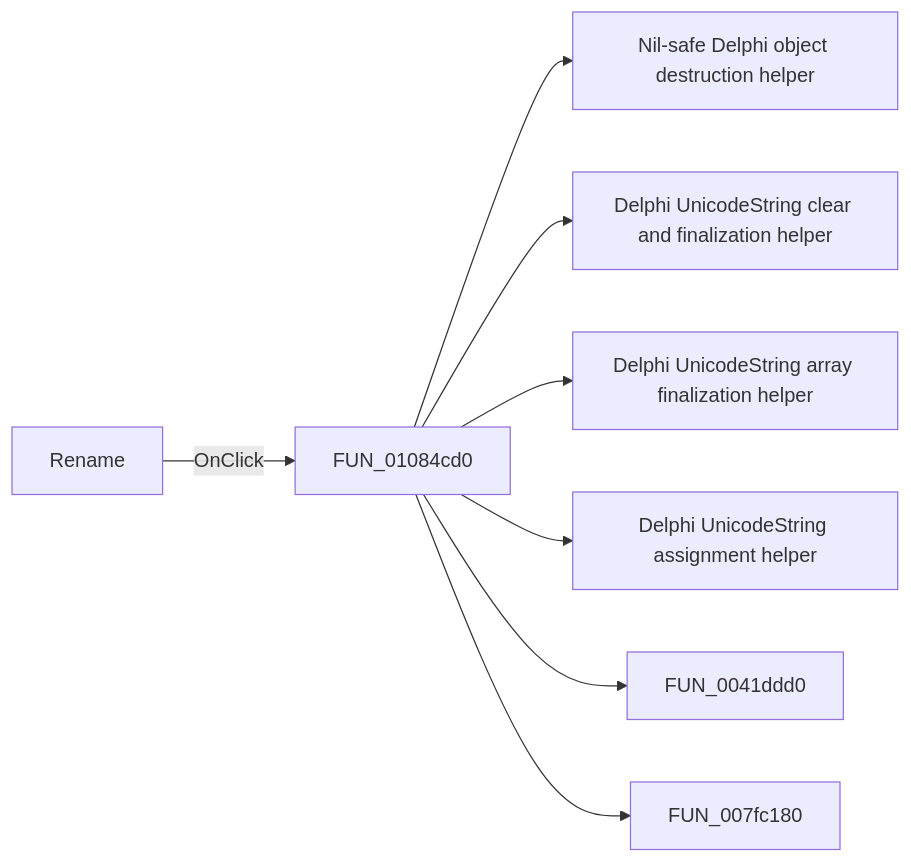
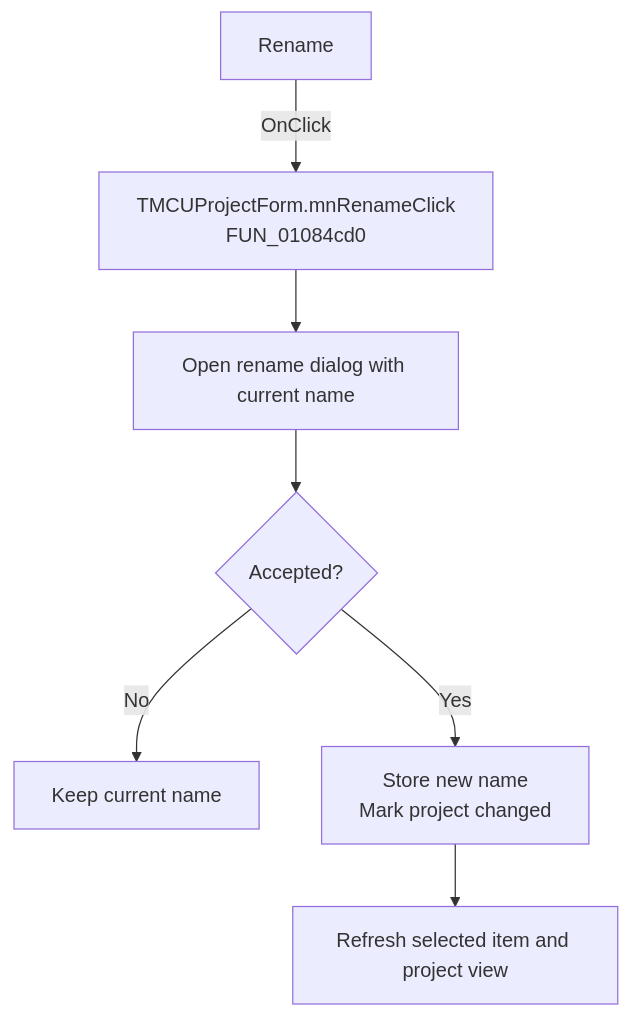
One commit to MovGP0/TIARA changed the diagram in docs/ui-controls/mcuprojectform/mnrename-d986186098.md. Above: the diagram before and after it, drawn with Mermaid. The commit also changed other lines of this file and 1062 other files, not shown here.

````diff
--- a/docs/ui-controls/mcuprojectform/mnrename-d986186098.md
+++ b/docs/ui-controls/mcuprojectform/mnrename-d986186098.md
@@ -27,10 +27,9 @@
 ```mermaid
-flowchart LR
-    control["Rename"] -->|OnClick| handler["FUN_01084cd0"]
-    handler --> call1["Nil-safe Delphi object destruction helper"]
-    handler --> call2["Delphi UnicodeString clear and finalization helper"]
-    handler --> call3["Delphi UnicodeString array finalization helper"]
-    handler --> call4["Delphi UnicodeString assignment helper"]
-    handler --> call5["FUN_0041ddd0"]
-    handler --> call6["FUN_007fc180"]
+flowchart TD
+    control["Rename"] -->|OnClick| handler["TMCUProjectForm.mnRenameClick<br/>FUN_01084cd0"]
+    handler --> dialog["Open rename dialog with current name"]
+    dialog --> accepted{"Accepted?"}
+    accepted -->|No| noOp["Keep current name"]
+    accepted -->|Yes| rename["Store new name<br/>Mark project changed"]
+    rename --> refresh["Refresh selected item and project view"]
 ```
````
